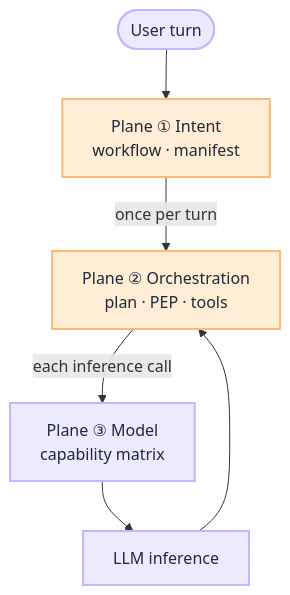
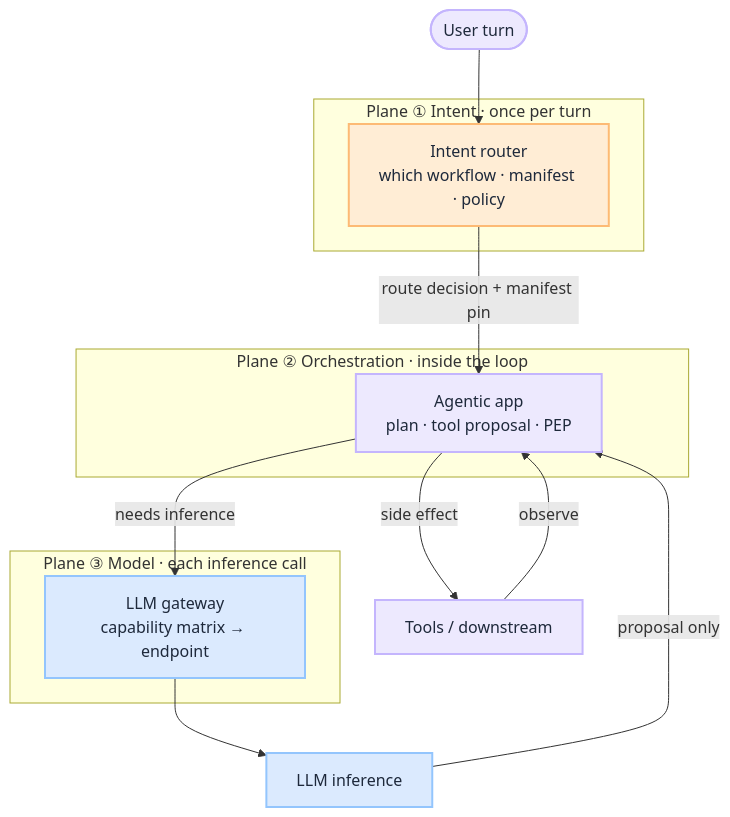
One commit to iamsharmajitender/gain changed the first of 4 diagrams in docs/blueprints/router-blueprint.mdx. Above: the diagram before and after it, drawn with Mermaid. The commit also changed other lines of this file and 30 other files, not shown here.

````diff
--- a/docs/blueprints/router-blueprint.mdx
+++ b/docs/blueprints/router-blueprint.mdx
@@ -32,21 +32,35 @@
 ```mermaid
-flowchart TD
+flowchart TB
     User(["User turn"])
-    P1["Plane ① Intent<br/>workflow · manifest"]
-    P2["Plane ② Orchestration<br/>plan · PEP · tools"]
-    P3["Plane ③ Model<br/>capability matrix"]
+
+    subgraph p1["Plane ① Intent · once per turn"]
+        IR["Intent router<br/>which workflow · manifest · policy"]
+    end
+
+    subgraph p2["Plane ② Orchestration · inside the loop"]
+        App["Agentic app<br/>plan · tool proposal · PEP"]
+    end
+
+    subgraph p3["Plane ③ Model · each inference call"]
+        GW["LLM gateway<br/>capability matrix → endpoint"]
+    end
+
     LLM["LLM inference"]
+    Tools["Tools / downstream"]
 
-    User --> P1
-    P1 -->|"once per turn"| P2
-    P2 -->|"each inference call"| P3
-    P3 --> LLM
-    LLM --> P2
+    User --> IR
+    IR -->|"route decision + manifest pin"| App
+    App -->|"needs inference"| GW
+    GW --> LLM
+    LLM -->|"proposal only"| App
+    App -->|"side effect"| Tools
+    Tools -->|"observe"| App
 
     classDef gate fill:#ffedd5,stroke:#fdba74,color:#1e293b,stroke-width:2px
     classDef process fill:#ede9fe,stroke:#c4b5fd,color:#1e293b,stroke-width:2px
+    classDef model fill:#dbeafe,stroke:#93c5fd,color:#1e293b,stroke-width:2px
 
-    class User process
-    class P1,P2 gate
-    class P3,LLM process
+    class User,App,Tools process
+    class IR gate
+    class GW,LLM model
 ```
````
